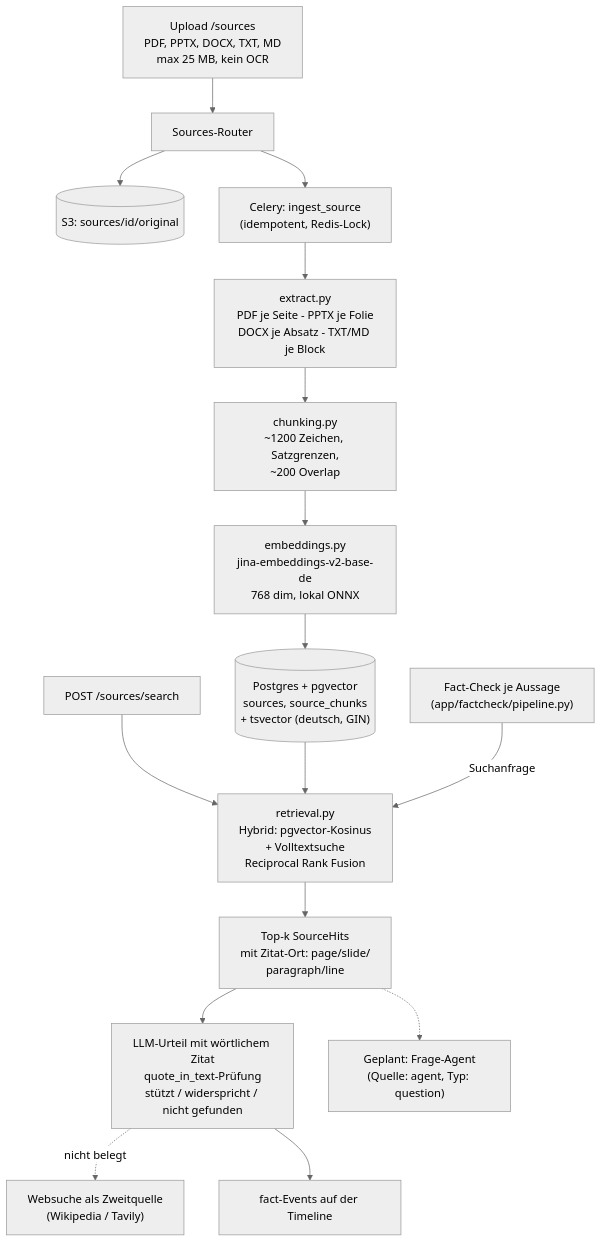
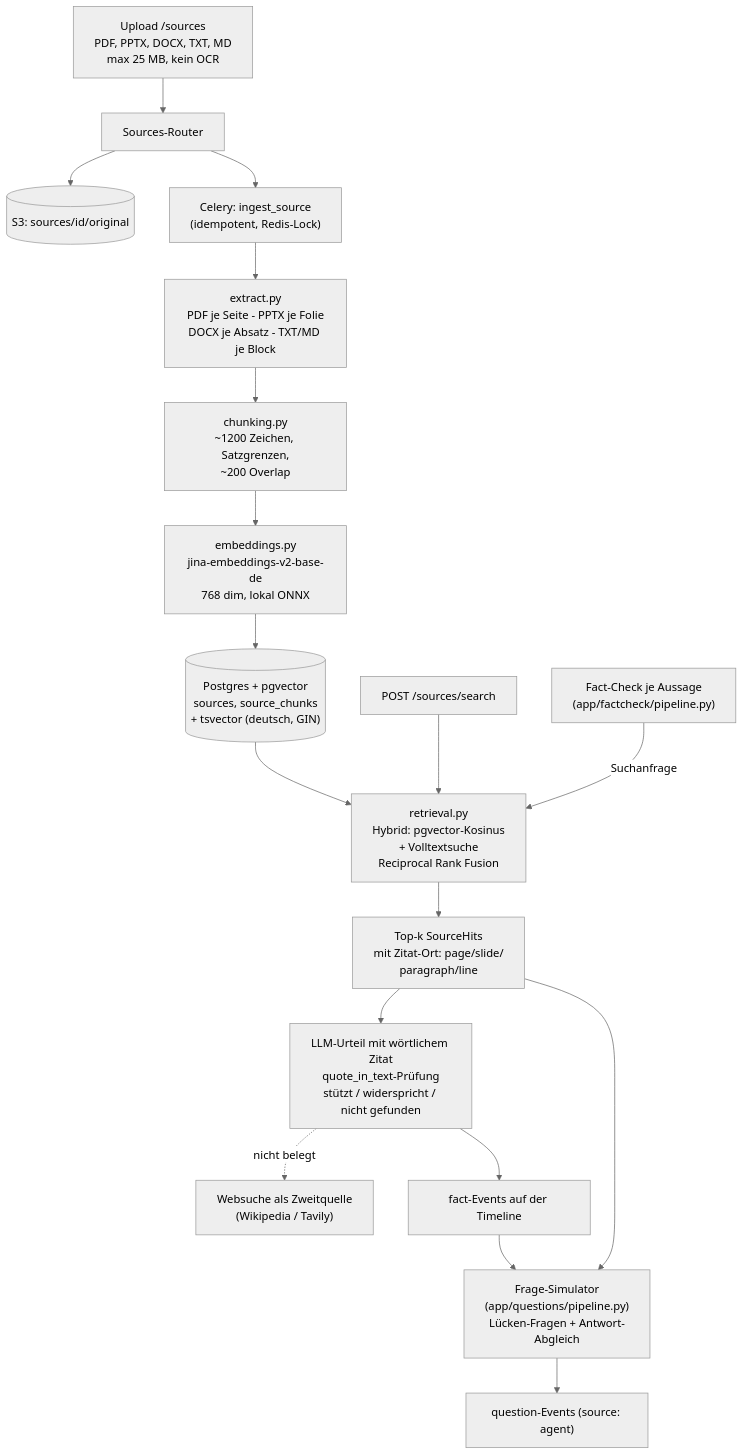
Before and after one commit to johannes3502/hackathon-fulda: the fourth of 11 diagrams in docs/03-architecture.md, drawn with Mermaid (neutral theme). The commit also changed other lines of this file and 23 other files, not shown here.

First line of the commit message:
Add question simulator with source-checked answers

````diff
--- a/docs/03-architecture.md
+++ b/docs/03-architecture.md
@@ -163,19 +172,21 @@
 ```mermaid
 flowchart TB
     UP["Upload /sources<br/>PDF, PPTX, DOCX, TXT, MD<br/>max 25 MB, kein OCR"] --> API["Sources-Router"]
     API --> S3A[("S3: sources/id/original")]
     API --> Q["Celery: ingest_source<br/>(idempotent, Redis-Lock)"]
     Q --> EX["extract.py<br/>PDF je Seite - PPTX je Folie<br/>DOCX je Absatz - TXT/MD je Block"]
     EX --> CH["chunking.py<br/>~1200 Zeichen, Satzgrenzen,<br/>~200 Overlap"]
     CH --> EM["embeddings.py<br/>jina-embeddings-v2-base-de<br/>768 dim, lokal ONNX"]
     EM --> PGDB[("Postgres + pgvector<br/>sources, source_chunks<br/>+ tsvector (deutsch, GIN)")]
 
     SEARCH["POST /sources/search"] --> RET["retrieval.py<br/>Hybrid: pgvector-Kosinus<br/>+ Volltextsuche<br/>Reciprocal Rank Fusion"]
     PGDB --> RET
     RET --> HITS["Top-k SourceHits<br/>mit Zitat-Ort: page/slide/<br/>paragraph/line"]
     FCQ["Fact-Check je Aussage<br/>(app/factcheck/pipeline.py)"] -- "Suchanfrage" --> RET
     HITS --> JUDGE["LLM-Urteil mit wörtlichem Zitat<br/>quote_in_text-Prüfung<br/>stützt / widerspricht / nicht gefunden"]
     JUDGE -. "nicht belegt" .-> WEBQ["Websuche als Zweitquelle<br/>(Wikipedia / Tavily)"]
     JUDGE --> EVT["fact-Events auf der Timeline"]
-    HITS -.-> FUTURE["Geplant: Frage-Agent<br/>(Quelle: agent, Typ: question)"]
+    HITS --> QA["Frage-Simulator<br/>(app/questions/pipeline.py)<br/>Lücken-Fragen + Antwort-Abgleich"]
+    EVT --> QA
+    QA --> QEVT["question-Events (source: agent)"]
 ```
````
